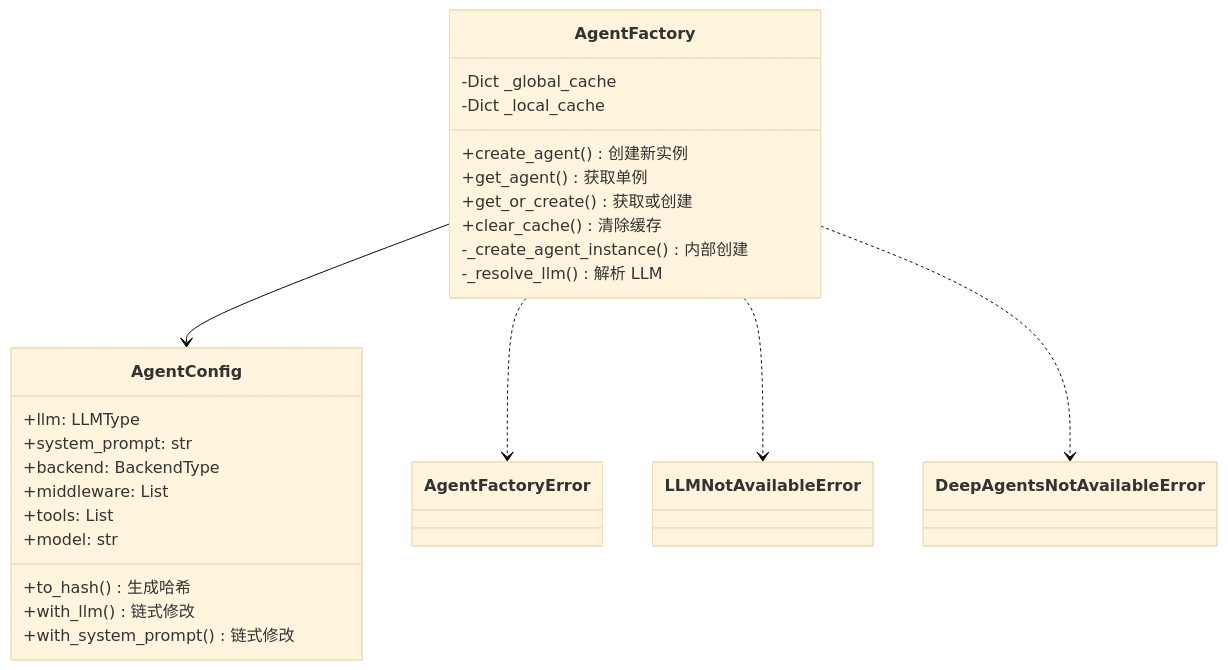
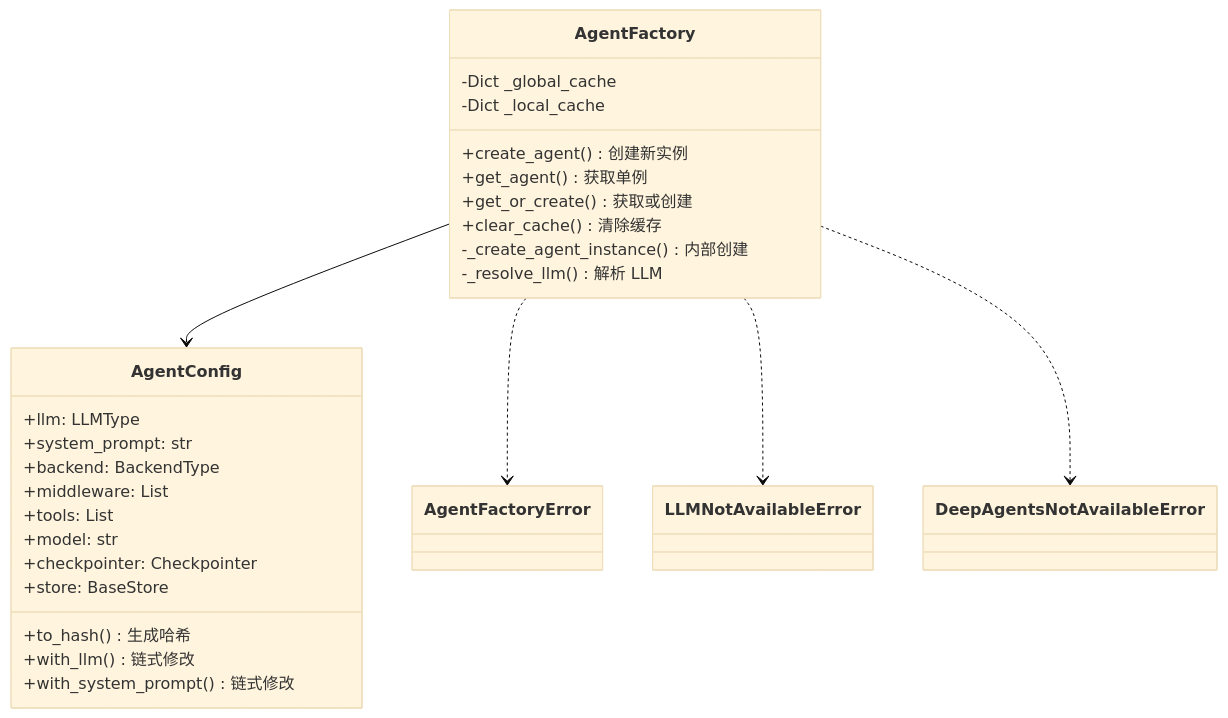
The fourth of 14 diagrams in docs/architecture.md (leizhuang1332/minerbot), drawn with Mermaid (base theme) before and after one commit. The commit also changed other lines of this file and 4 other files, not shown here.

````diff
--- a/docs/architecture.md
+++ b/docs/architecture.md
@@ -178,34 +206,36 @@
 ```mermaid
 classDiagram
     class AgentFactory {
         -Dict _global_cache
         -Dict _local_cache
         +create_agent() 创建新实例
         +get_agent() 获取单例
         +get_or_create() 获取或创建
         +clear_cache() 清除缓存
         -_create_agent_instance() 内部创建
         -_resolve_llm() 解析 LLM
     }
 
     class AgentConfig {
         +llm: LLMType
         +system_prompt: str
         +backend: BackendType
         +middleware: List
         +tools: List
         +model: str
+        +checkpointer: Checkpointer
+        +store: BaseStore
         +to_hash() 生成哈希
         +with_llm() 链式修改
         +with_system_prompt() 链式修改
     }
 
     class AgentFactoryError
     class LLMNotAvailableError
     class DeepAgentsNotAvailableError
 
     AgentFactory --> AgentConfig
     AgentFactory ..> AgentFactoryError
     AgentFactory ..> LLMNotAvailableError
     AgentFactory ..> DeepAgentsNotAvailableError
 ```
````
